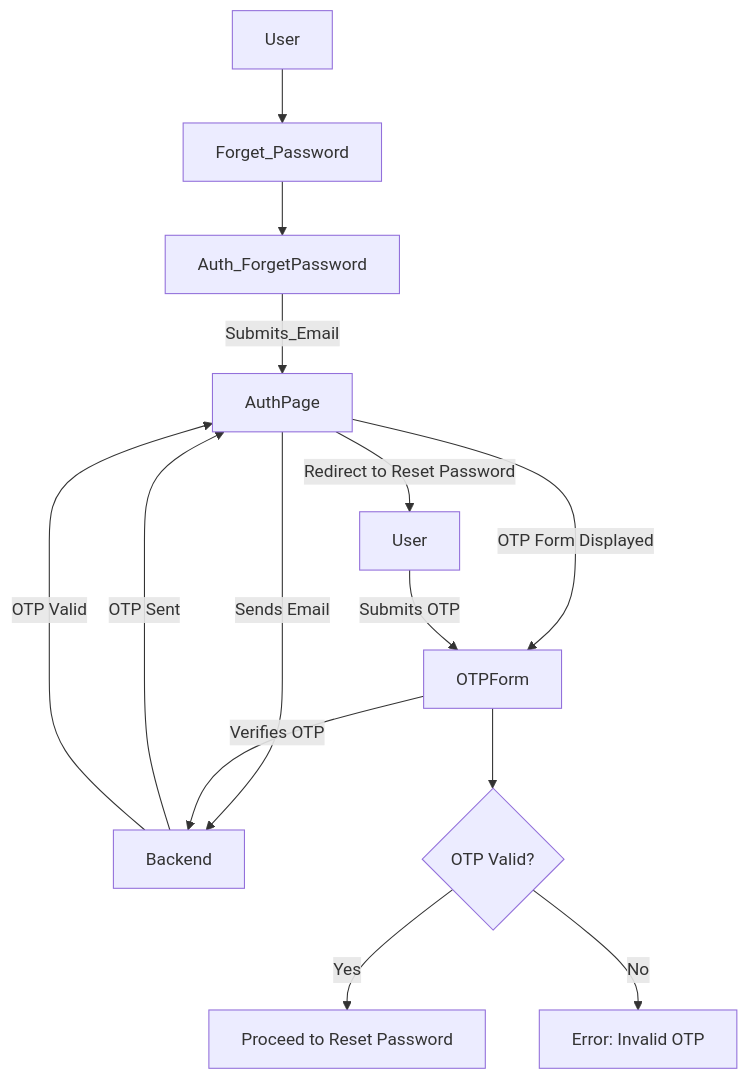
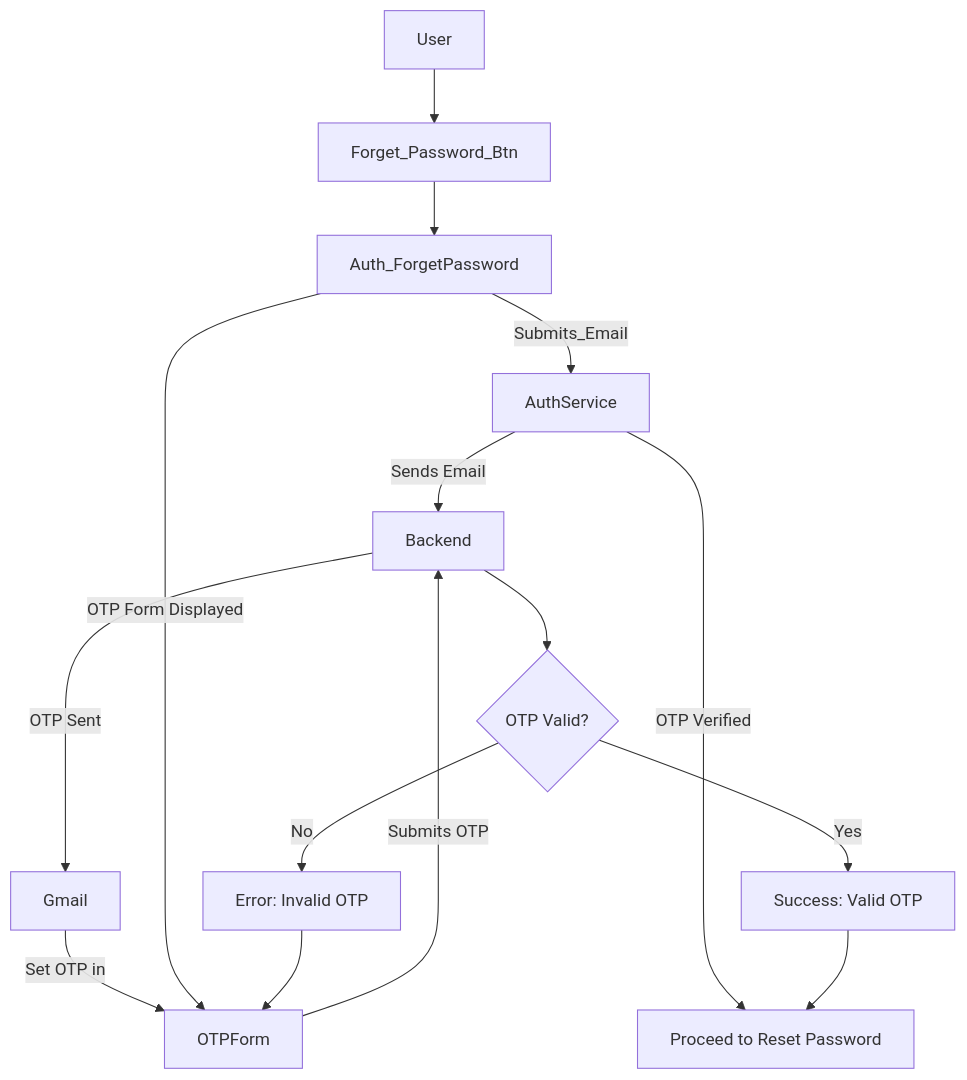
Before and after one commit to OscuroBok/OscuroBok_dashboard_FE: the diagram in README.md, drawn with Mermaid. The commit also changed other lines of this file, not shown here.

Commit message:
Update README and OTP Diagram Flow.md

````diff
--- a/README.md
+++ b/README.md
@@ -34,23 +34,36 @@
 ```mermaid
+
 graph TD
-    %% Step 1: User submits email to begin the reset process
-    A[User] --> B[Forget Password]
-    B[Forget_Password] --> C[Auth_ForgetPassword]
-    C[Auth_ForgetPassword] --> |Submits_Email| AuthPage
-    AuthPage --> |Sends Email| Backend
-    Backend --> |OTP Sent| AuthPage
+    %% 1: User submits email to begin the reset process
+    A[User] --> B[Forget_Password_Btn]
+    %% 2: Button triggers Forget Password auth
+    B[Forget_Password_Btn] --> C[Auth_ForgetPassword]
+    %% 3: Email submitted to AuthService
+    C[Auth_ForgetPassword] --> |Submits_Email| AuthService
+    %% 4: AuthService calls Backend to send email
+    AuthService --> |Sends Email| Backend
+    %% 5: Move to next step (Proceed to Reset)
+    AuthService --> |OTP Verified| H[Proceed to Reset Password]
+    %% 6: Backend sends OTP via Gmail
+    Backend --> |OTP Sent| Gmail
+    %% 7: OTP received and set in OTP form
+    Gmail --> |Set OTP in| OTPForm
     
-    %% Step 2: OTP Form is displayed to the user
-    AuthPage --> |OTP Form Displayed| OTPForm
-    User --> |Submits OTP| OTPForm
-    OTPForm --> |Verifies OTP| Backend
-    Backend --> |OTP Valid| AuthPage
+    %% 8: OTP Form is displayed to the user
+    C[Auth_ForgetPassword] --> |OTP Form Displayed| OTPForm
+    %% 9: User submits OTP for validation
+    OTPForm --> |Submits OTP| Backend
+    %% 10: Backend checks OTP validity
+    Backend --> E{OTP Valid?}
     
-    %% Step 3: Conditional handling of OTP validation
-    OTPForm --> E{OTP Valid?}
-    E -->|Yes| F[Proceed to Reset Password]
+    %% 11: If valid, proceed to success
+    E -->|Yes| F[Success: Valid OTP]
+    %% 12: If invalid, show error
     E -->|No| G[Error: Invalid OTP]
 
-    %% Final redirection step after OTP validation
-    AuthPage --> |Redirect to Reset Password| User
+    %% 13: Success, proceed to reset
+    F[Success: Valid OTP] --> H[Proceed to Reset Password]
+    %% 14: Failure, return to OTP form for retry
+    G[Error: Invalid OTP] --> OTPForm
+
 ```
````
